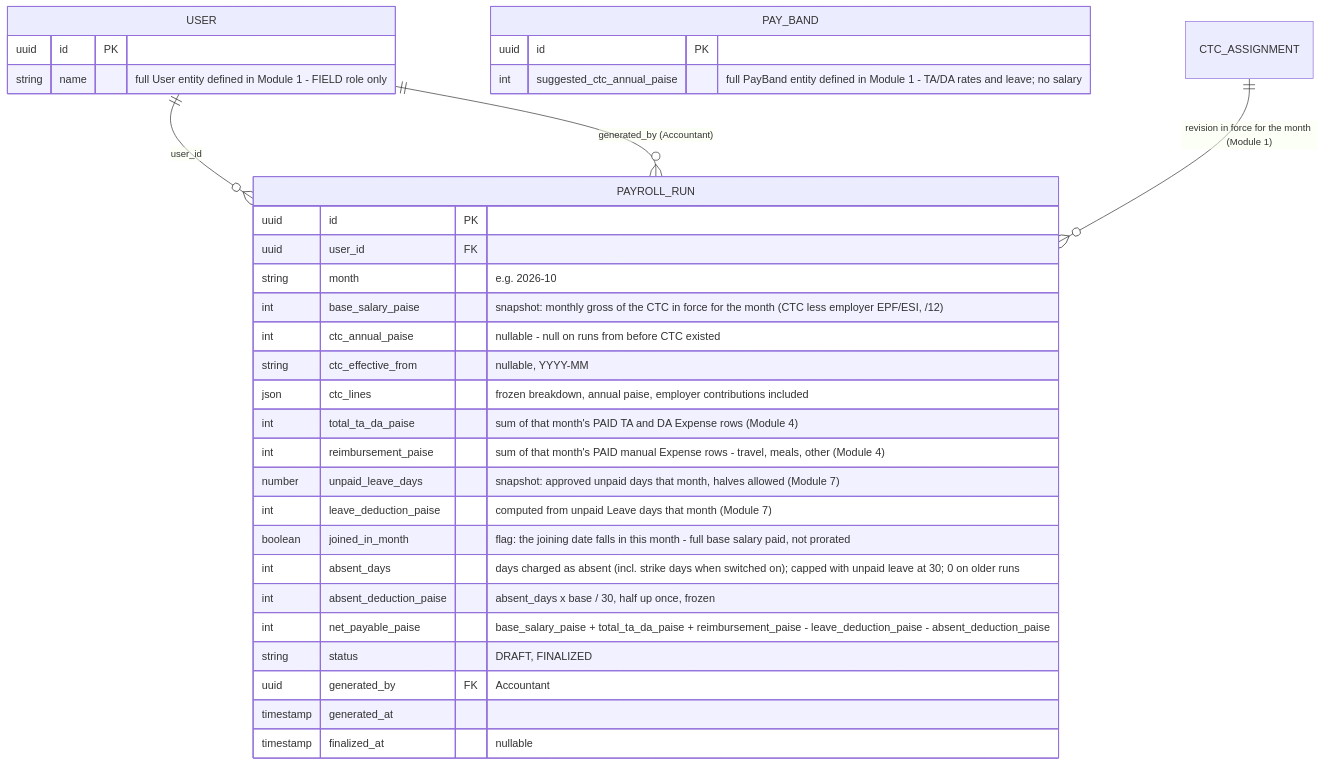
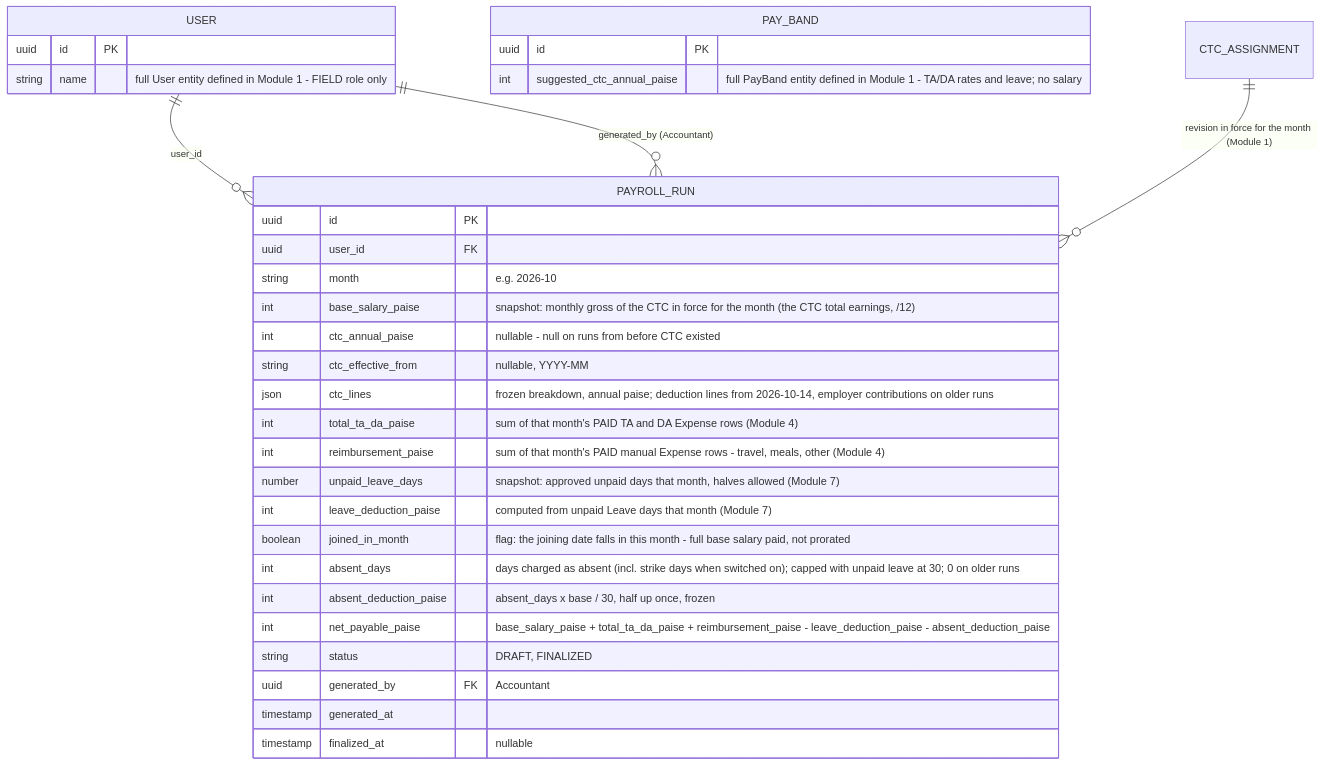
Before and after one commit to reboot-ai-private-limited/greynote: the diagram in docs/erd/09-payroll.md, drawn with Mermaid. The commit also changed 74 other files, not shown here.

Commit message:
feat(identity,payroll,config,web): CTC follows the salary slip - earnings = CTC, EPF/ESI/professional tax as employee deductions, PTAX_SLABS setting, mandatory pay components, Basic up to 100%, net rounded, payslip redesign, migrate:ctc-statutory

````diff
--- a/docs/erd/09-payroll.md
+++ b/docs/erd/09-payroll.md
@@ -7,37 +7,37 @@
 ```mermaid
 erDiagram
     USER {
         uuid id PK
         string name "full User entity defined in Module 1 - FIELD role only"
     }
     PAY_BAND {
         uuid id PK
         int suggested_ctc_annual_paise "full PayBand entity defined in Module 1 - TA/DA rates and leave; no salary"
     }
 
     PAYROLL_RUN {
         uuid id PK
         uuid user_id FK
         string month "e.g. 2026-10"
-        int base_salary_paise "snapshot: monthly gross of the CTC in force for the month (CTC less employer EPF/ESI, /12)"
+        int base_salary_paise "snapshot: monthly gross of the CTC in force for the month (the CTC total earnings, /12)"
         int ctc_annual_paise "nullable - null on runs from before CTC existed"
         string ctc_effective_from "nullable, YYYY-MM"
-        json ctc_lines "frozen breakdown, annual paise, employer contributions included"
+        json ctc_lines "frozen breakdown, annual paise; deduction lines from 2026-10-14, employer contributions on older runs"
         int total_ta_da_paise "sum of that month's PAID TA and DA Expense rows (Module 4)"
         int reimbursement_paise "sum of that month's PAID manual Expense rows - travel, meals, other (Module 4)"
         number unpaid_leave_days "snapshot: approved unpaid days that month, halves allowed (Module 7)"
         int leave_deduction_paise "computed from unpaid Leave days that month (Module 7)"
         boolean joined_in_month "flag: the joining date falls in this month - full base salary paid, not prorated"
         int absent_days "days charged as absent (incl. strike days when switched on); capped with unpaid leave at 30; 0 on older runs"
         int absent_deduction_paise "absent_days x base / 30, half up once, frozen"
         int net_payable_paise "base_salary_paise + total_ta_da_paise + reimbursement_paise - leave_deduction_paise - absent_deduction_paise"
         string status "DRAFT, FINALIZED"
         uuid generated_by FK "Accountant"
         timestamp generated_at
         timestamp finalized_at "nullable"
     }
 
     USER ||--o{ PAYROLL_RUN : "user_id"
     CTC_ASSIGNMENT ||--o{ PAYROLL_RUN : "revision in force for the month (Module 1)"
     USER ||--o{ PAYROLL_RUN : "generated_by (Accountant)"
 ```
````
